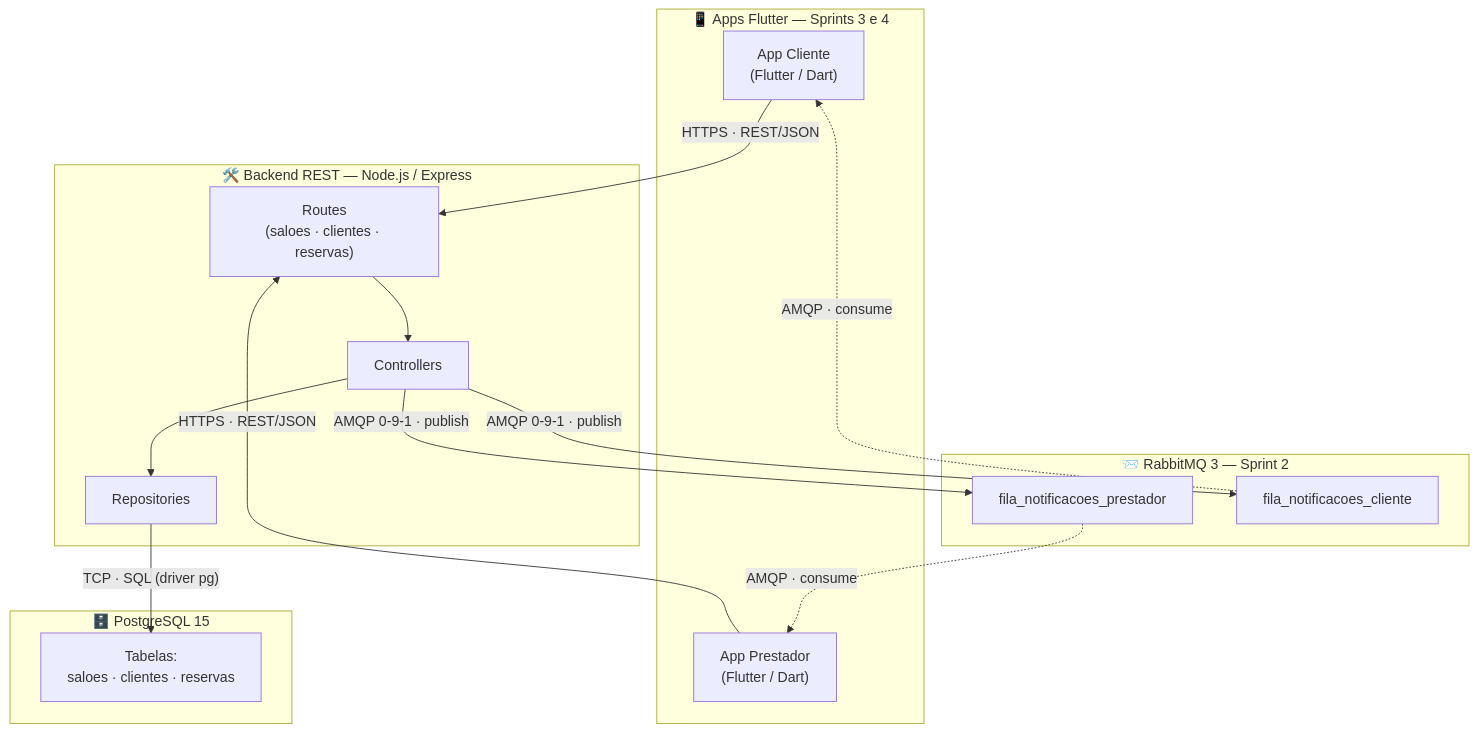
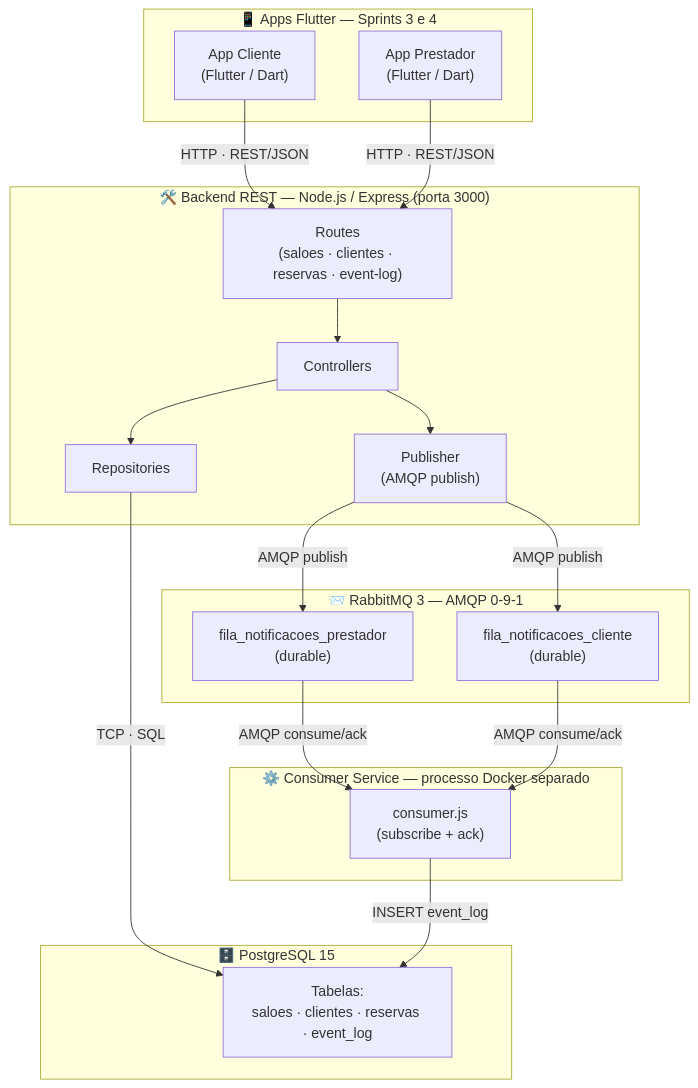
One commit to arthur-am/salon-manager changed the diagram in README.md. Above: the diagram before and after it, drawn with Mermaid. The commit also changed other lines of this file and 12 other files, not shown here.

````diff
--- a/README.md
+++ b/README.md
@@ -60,32 +60,39 @@
 ```mermaid
 graph TD
     subgraph Mobile ["📱 Apps Flutter — Sprints 3 e 4"]
         APPC["App Cliente<br/>(Flutter / Dart)"]
         APPP["App Prestador<br/>(Flutter / Dart)"]
     end
 
-    subgraph API ["🛠️ Backend REST — Node.js / Express"]
-        ROUTES["Routes<br/>(saloes · clientes · reservas)"]
+    subgraph API ["🛠️ Backend REST — Node.js / Express (porta 3000)"]
+        ROUTES["Routes<br/>(saloes · clientes · reservas · event-log)"]
         CTRL["Controllers"]
         REPO["Repositories"]
+        PUB["Publisher<br/>(AMQP publish)"]
     end
 
     subgraph Data ["🗄️ PostgreSQL 15"]
-        PG["Tabelas:<br/>saloes · clientes · reservas"]
+        PG["Tabelas:<br/>saloes · clientes · reservas · event_log"]
     end
 
-    subgraph MOM ["📨 RabbitMQ 3 — Sprint 2"]
-        Q1["fila_notificacoes_prestador"]
-        Q2["fila_notificacoes_cliente"]
+    subgraph MOM ["📨 RabbitMQ 3 — AMQP 0-9-1"]
+        Q1["fila_notificacoes_prestador<br/>(durable)"]
+        Q2["fila_notificacoes_cliente<br/>(durable)"]
     end
 
-    APPC -->|"HTTPS · REST/JSON"| ROUTES
-    APPP -->|"HTTPS · REST/JSON"| ROUTES
+    subgraph Consumer ["⚙️ Consumer Service — processo Docker separado"]
+        CONS["consumer.js<br/>(subscribe + ack)"]
+    end
+
+    APPC -->|"HTTP · REST/JSON"| ROUTES
+    APPP -->|"HTTP · REST/JSON"| ROUTES
     ROUTES --> CTRL
     CTRL --> REPO
-    REPO -->|"TCP · SQL (driver pg)"| PG
-    CTRL -->|"AMQP 0-9-1 · publish"| Q1
-    CTRL -->|"AMQP 0-9-1 · publish"| Q2
-    Q1 -.->|"AMQP · consume"| APPP
-    Q2 -.->|"AMQP · consume"| APPC
+    CTRL --> PUB
+    REPO -->|"TCP · SQL"| PG
+    PUB -->|"AMQP publish"| Q1
+    PUB -->|"AMQP publish"| Q2
+    Q1 -->|"AMQP consume/ack"| CONS
+    Q2 -->|"AMQP consume/ack"| CONS
+    CONS -->|"INSERT event_log"| PG
 ```
````
